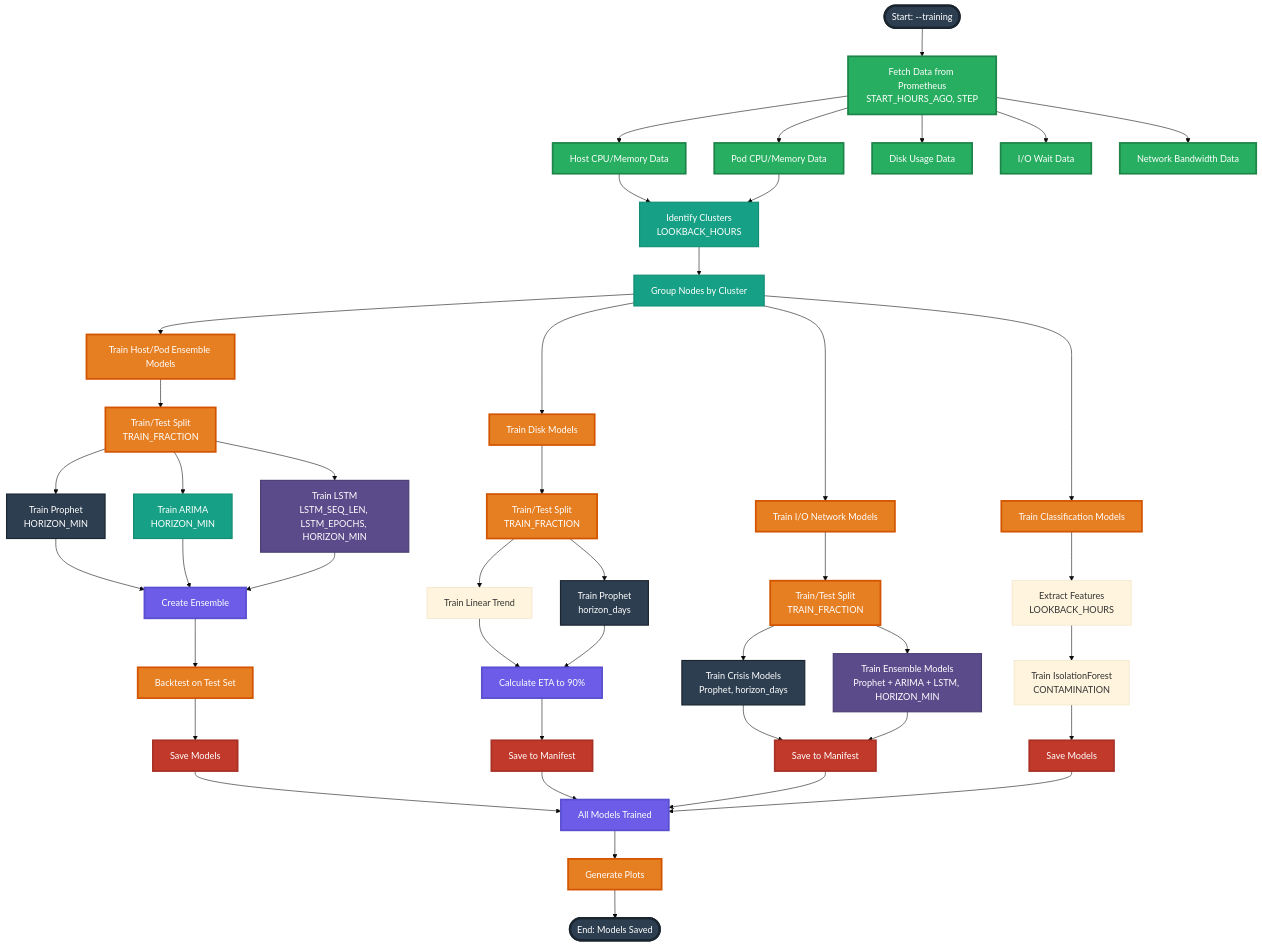
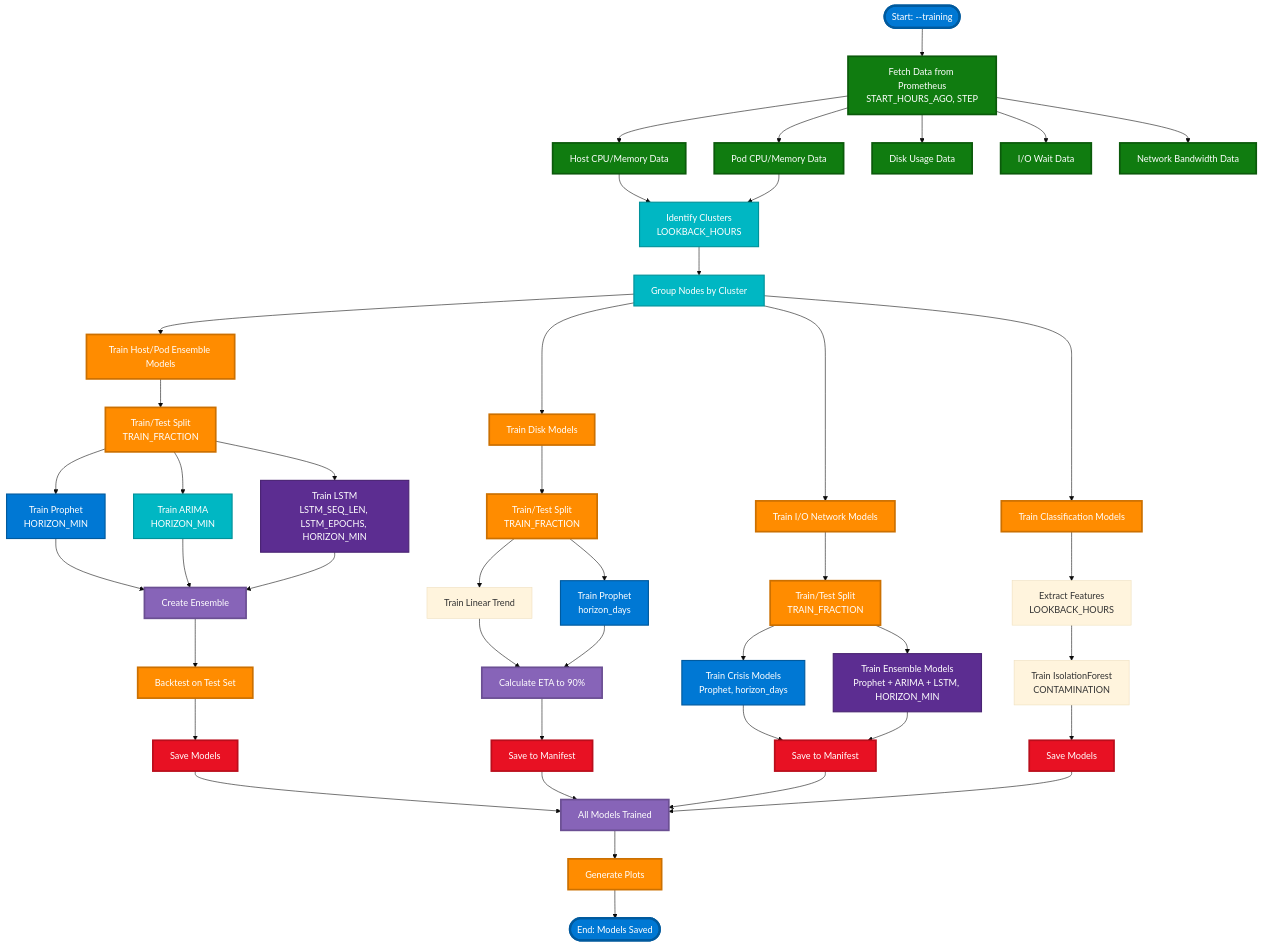
The third of 11 diagrams in Docs/VISUAL_ARCHITECTURE_GUIDE.md (k8sautom8/metrics-ml), drawn with Mermaid (base theme) before and after one commit. The commit also changed other lines of this file, not shown here.

````diff
--- a/Docs/VISUAL_ARCHITECTURE_GUIDE.md
+++ b/Docs/VISUAL_ARCHITECTURE_GUIDE.md
@@ -228,77 +228,77 @@
 ```mermaid
 flowchart TD
     Start([Start: --training]) --> Fetch[Fetch Data from Prometheus<br/>START_HOURS_AGO, STEP]
     
     Fetch --> HostData[Host CPU/Memory Data]
     Fetch --> PodData[Pod CPU/Memory Data]
     Fetch --> DiskData[Disk Usage Data]
     Fetch --> IOData[I/O Wait Data]
     Fetch --> NetData[Network Bandwidth Data]
     
     HostData --> ClusterID[Identify Clusters<br/>LOOKBACK_HOURS]
     PodData --> ClusterID
     
     ClusterID --> GroupNodes[Group Nodes by Cluster]
     
     GroupNodes --> HostPodTrain[Train Host/Pod Ensemble Models]
     GroupNodes --> DiskTrain[Train Disk Models]
     GroupNodes --> IOTrain[Train I/O Network Models]
     GroupNodes --> ClassTrain[Train Classification Models]
     
     HostPodTrain --> HPSplit[Train/Test Split<br/>TRAIN_FRACTION]
     HPSplit --> HPProphet[Train Prophet<br/>HORIZON_MIN]
     HPSplit --> HPARIMA[Train ARIMA<br/>HORIZON_MIN]
     HPSplit --> HPLSTM[Train LSTM<br/>LSTM_SEQ_LEN, LSTM_EPOCHS, HORIZON_MIN]
     HPProphet --> HPEnsemble[Create Ensemble]
     HPARIMA --> HPEnsemble
     HPLSTM --> HPEnsemble
     HPEnsemble --> HPBacktest[Backtest on Test Set]
     HPBacktest --> HPSave[Save Models]
     
     DiskTrain --> DiskSplit[Train/Test Split<br/>TRAIN_FRACTION]
     DiskSplit --> DiskLinear[Train Linear Trend]
     DiskSplit --> DiskProphet[Train Prophet<br/>horizon_days]
     DiskLinear --> DiskETA[Calculate ETA to 90%]
     DiskProphet --> DiskETA
     DiskETA --> DiskSave[Save to Manifest]
     
     IOTrain --> IOSplit[Train/Test Split<br/>TRAIN_FRACTION]
     IOSplit --> IOCrisis[Train Crisis Models<br/>Prophet, horizon_days]
     IOSplit --> IOEnsemble[Train Ensemble Models<br/>Prophet + ARIMA + LSTM, HORIZON_MIN]
     IOCrisis --> IOSave[Save to Manifest]
     IOEnsemble --> IOSave
     
     ClassTrain --> ClassFeat[Extract Features<br/>LOOKBACK_HOURS]
     ClassFeat --> ClassISO[Train IsolationForest<br/>CONTAMINATION]
     ClassISO --> ClassSave[Save Models]
     
     HPSave --> AllDone[All Models Trained]
     DiskSave --> AllDone
     IOSave --> AllDone
     ClassSave --> AllDone
     
     AllDone --> GeneratePlots[Generate Plots]
     GeneratePlots --> End([End: Models Saved])
     
-    classDef startEnd fill:#2C3E50,stroke:#1A252F,stroke-width:4px,color:#fff
-    classDef dataFetch fill:#27AE60,stroke:#1E8449,stroke-width:3px,color:#fff
-    classDef dataProcess fill:#16A085,stroke:#138D75,stroke-width:2px,color:#fff
-    classDef modelTrain fill:#E67E22,stroke:#D35400,stroke-width:3px,color:#fff
-    classDef prophet fill:#2C3E50,stroke:#1A252F,stroke-width:2px,color:#fff
-    classDef arima fill:#16A085,stroke:#138D75,stroke-width:2px,color:#fff
-    classDef lstm fill:#5B4B8A,stroke:#4A3D73,stroke-width:2px,color:#fff
-    classDef ensemble fill:#6C5CE7,stroke:#5A4FCF,stroke-width:3px,color:#fff
-    classDef save fill:#C0392B,stroke:#A93226,stroke-width:3px,color:#fff
-    classDef output fill:#E67E22,stroke:#D35400,stroke-width:3px,color:#fff
+    classDef startEnd fill:#0078D4,stroke:#005A9E,stroke-width:4px,color:#fff
+    classDef dataFetch fill:#107C10,stroke:#0B5A0B,stroke-width:3px,color:#fff
+    classDef dataProcess fill:#00B7C3,stroke:#00929A,stroke-width:2px,color:#fff
+    classDef modelTrain fill:#FF8C00,stroke:#CC7000,stroke-width:3px,color:#fff
+    classDef prophet fill:#0078D4,stroke:#005A9E,stroke-width:2px,color:#fff
+    classDef arima fill:#00B7C3,stroke:#00929A,stroke-width:2px,color:#fff
+    classDef lstm fill:#5C2D91,stroke:#4A2473,stroke-width:2px,color:#fff
+    classDef ensemble fill:#8764B8,stroke:#6B4F93,stroke-width:3px,color:#fff
+    classDef save fill:#E81123,stroke:#BA0E1C,stroke-width:3px,color:#fff
+    classDef output fill:#FF8C00,stroke:#CC7000,stroke-width:3px,color:#fff
     
     class Start,End startEnd
     class Fetch,HostData,PodData,DiskData,IOData,NetData dataFetch
     class ClusterID,GroupNodes dataProcess
     class HostPodTrain,DiskTrain,IOTrain,ClassTrain,HPSplit,DiskSplit,IOSplit modelTrain
     class HPProphet,DiskProphet,IOCrisis prophet
     class HPARIMA arima
     class HPLSTM,IOEnsemble lstm
     class HPEnsemble,DiskETA,AllDone ensemble
     class HPSave,DiskSave,IOSave,ClassSave save
     class HPBacktest,GeneratePlots output
 ```
````
